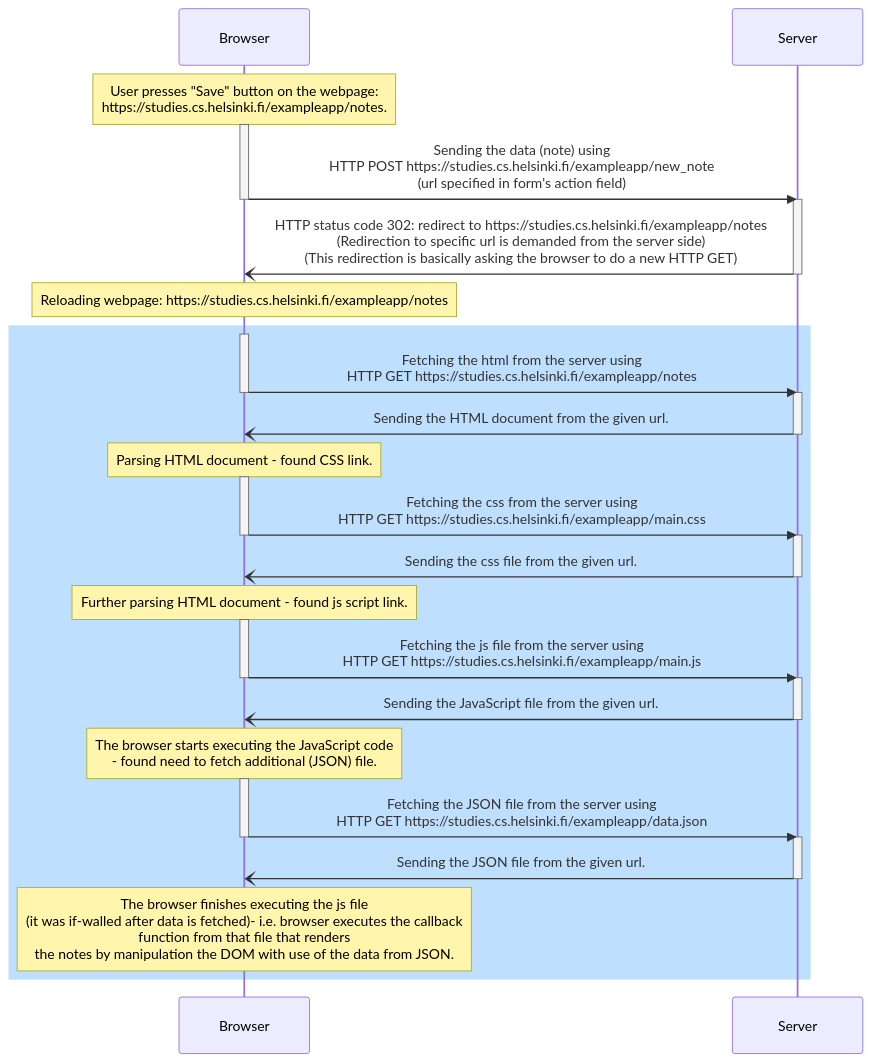
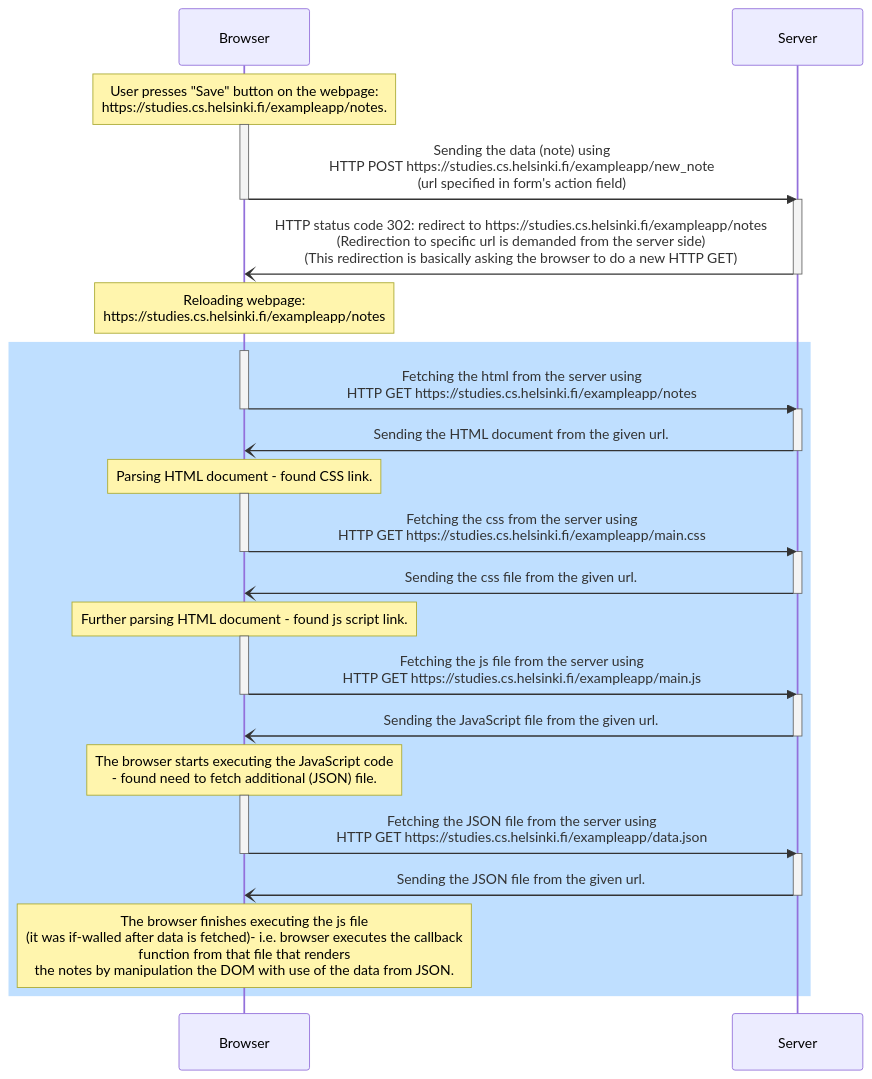
The diagram in part0/excercise0-4.md (szmaragdynia/FullstackLearning), drawn with Mermaid before and after one commit.

Commit message:
finishing touches

````diff
--- a/part0/excercise0-4.md
+++ b/part0/excercise0-4.md
@@ -1,60 +1,60 @@
 ```mermaid
 
 
 
 sequenceDiagram
     participant b as Browser
     participant s as Server
     
         Note over b: User presses "Save" button on the webpage:<br/>https://studies.cs.helsinki.fi/exampleapp/notes.
     
 
     activate b
         b->>s: Sending the data (note) using <br/> HTTP POST https://studies.cs.helsinki.fi/exampleapp/new_note <br/> (url specified in form's action field) 
     deactivate b
     activate s
         s-)b: HTTP status code 302: redirect to https://studies.cs.helsinki.fi/exampleapp/notes <br/> (Redirection to specific url is demanded from the server side) <br/> (This redirection is basically asking the browser to do a new HTTP GET)
     deactivate s
 
-        Note over b: Reloading webpage: https://studies.cs.helsinki.fi/exampleapp/notes
+        Note over b: Reloading webpage:<br/> https://studies.cs.helsinki.fi/exampleapp/notes
     
     rect rgb(191, 223, 255)    
 
         activate b
             b->>s: Fetching the html from the server using <br/> HTTP GET https://studies.cs.helsinki.fi/exampleapp/notes
         deactivate b
         activate s
             s-)b: Sending the HTML document from the given url.
         deactivate s
 
             Note over b: Parsing HTML document - found CSS link.
 
         activate b
             b->>s: Fetching the css from the server using <br/> HTTP GET https://studies.cs.helsinki.fi/exampleapp/main.css
         deactivate b
         activate s
             s-)b: Sending the css file from the given url.
         deactivate s
 
             Note over b: Further parsing HTML document - found js script link.
         
         activate b
             b->>s: Fetching the js file from the server using <br/> HTTP GET https://studies.cs.helsinki.fi/exampleapp/main.js
         deactivate b
         activate s
             s-)b: Sending the JavaScript file from the given url.
         deactivate s
 
             Note over b: The browser starts executing the JavaScript code <br/>- found need to fetch additional (JSON) file.
         
         activate b
             b->>s:Fetching the JSON file from the server using <br/> HTTP GET https://studies.cs.helsinki.fi/exampleapp/data.json
         deactivate b
         activate s
             s-)b: Sending the JSON file from the given url.
         deactivate s
 
             Note over b: The browser finishes executing the js file <br/> (it was if-walled after data is fetched)- i.e. browser executes the callback<br/> function from that file that renders <br/> the notes by manipulation the DOM with use of the data from JSON.
     end
     
 ```
````
